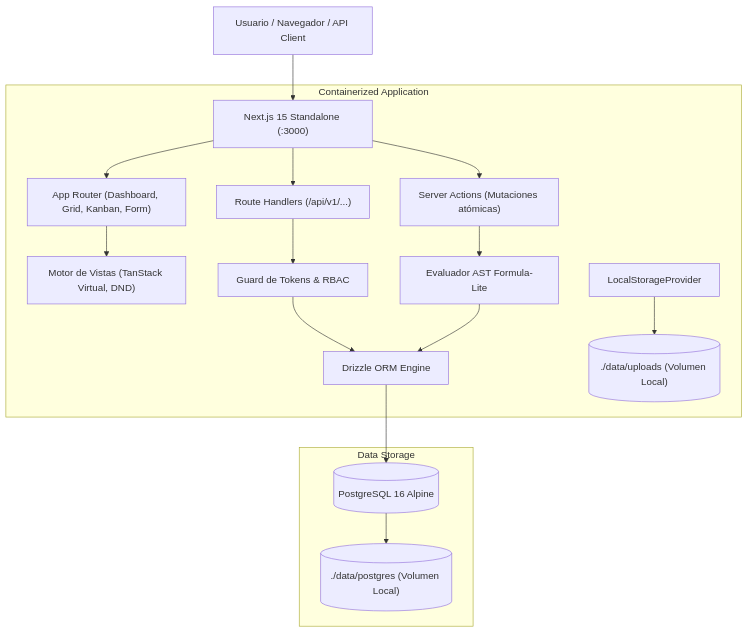
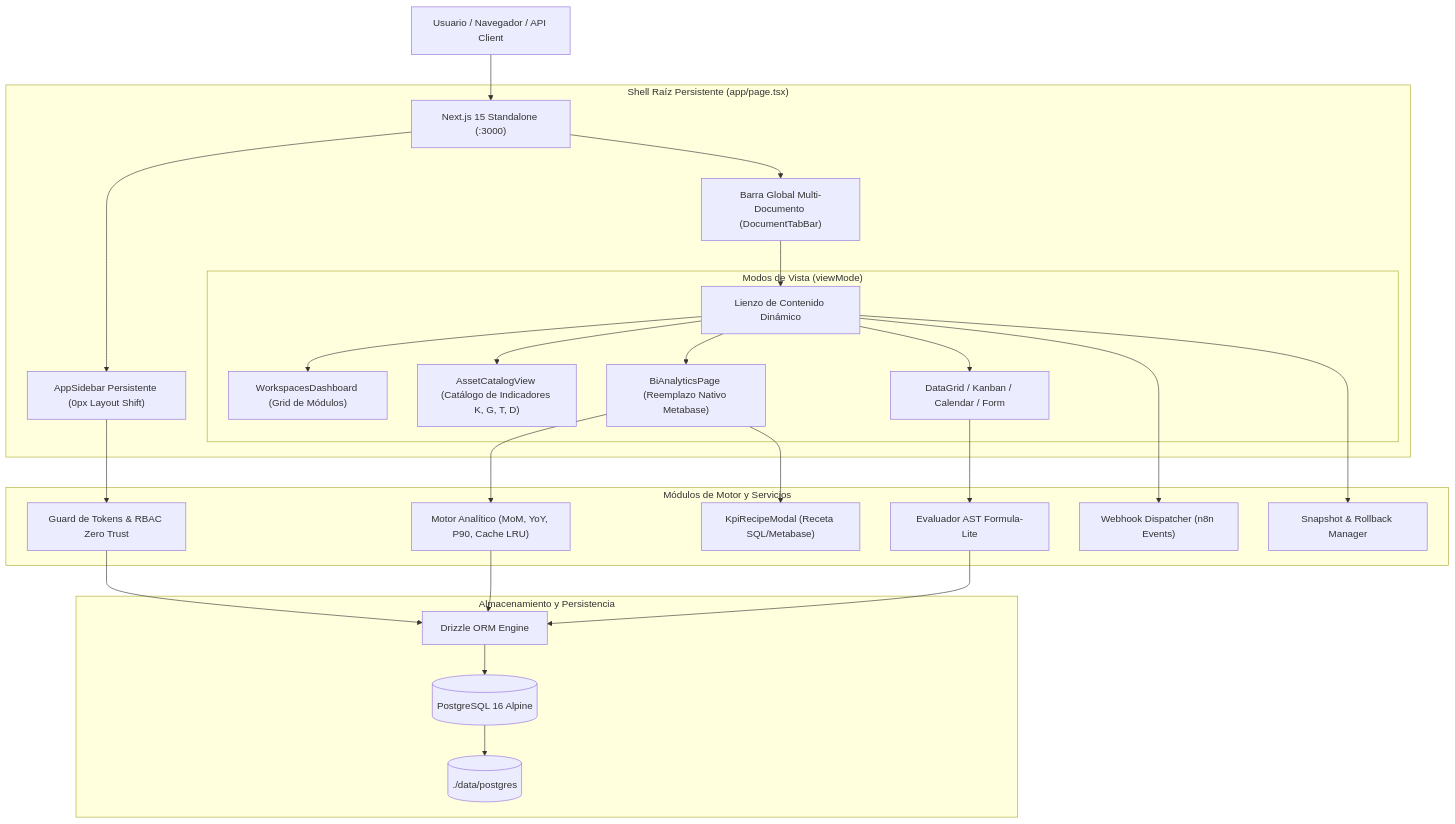
Before and after one commit to snadales/fluxtable: the diagram in docs/architecture.md, drawn with Mermaid. The commit also changed other lines of this file and 10 other files, not shown here.

````diff
--- a/docs/architecture.md
+++ b/docs/architecture.md
@@ -9,24 +9,35 @@
 ```mermaid
 flowchart TD
     User["Usuario / Navegador / API Client"] --> ReverseProxy["Next.js 15 Standalone (:3000)"]
     
-    subgraph Containerized Application
-        ReverseProxy --> AppRouter["App Router (Dashboard, Grid, Kanban, Form)"]
-        ReverseProxy --> RouteHandlers["Route Handlers (/api/v1/...)"]
-        ReverseProxy --> ServerActions["Server Actions (Mutaciones atómicas)"]
+    subgraph SingleShell ["Shell Raíz Persistente (app/page.tsx)"]
+        ReverseProxy --> TabBar["Barra Global Multi-Documento (DocumentTabBar)"]
+        ReverseProxy --> RootSidebar["AppSidebar Persistente (0px Layout Shift)"]
         
-        AppRouter --> ViewEngine["Motor de Vistas (TanStack Virtual, DND)"]
-        RouteHandlers --> AuthGuard["Guard de Tokens & RBAC"]
-        ServerActions --> FormulaEngine["Evaluador AST Formula-Lite"]
+        TabBar --> DynamicCanvas["Lienzo de Contenido Dinámico"]
         
-        AuthGuard --> DrizzleORM["Drizzle ORM Engine"]
-        FormulaEngine --> DrizzleORM
-        
-        StorageModule["LocalStorageProvider"] --> UploadsVol[("./data/uploads (Volumen Local)")]
+        subgraph Views ["Modos de Vista (viewMode)"]
+            DynamicCanvas --> VWorkspaces["WorkspacesDashboard (Grid de Módulos)"]
+            DynamicCanvas --> VCatalog["AssetCatalogView (Catálogo de Indicadores K, G, T, D)"]
+            DynamicCanvas --> VAnalytics["BiAnalyticsPage (Reemplazo Nativo Metabase)"]
+            DynamicCanvas --> VDatabase["DataGrid / Kanban / Calendar / Form"]
+        end
     end
 
-    subgraph Data Storage
+    subgraph CoreEngine ["Módulos de Motor y Servicios"]
+        VDatabase --> FormulaEngine["Evaluador AST Formula-Lite"]
+        VAnalytics --> BiEngine["Motor Analítico (MoM, YoY, P90, Cache LRU)"]
+        VAnalytics --> KpiInspector["KpiRecipeModal (Receta SQL/Metabase)"]
+        RootSidebar --> AuthGuard["Guard de Tokens & RBAC Zero Trust"]
+        DynamicCanvas --> WebhookDispatcher["Webhook Dispatcher (n8n Events)"]
+        DynamicCanvas --> SnapshotManager["Snapshot & Rollback Manager"]
+    end
+
+    subgraph Persistence ["Almacenamiento y Persistencia"]
+        AuthGuard --> DrizzleORM["Drizzle ORM Engine"]
+        BiEngine --> DrizzleORM
+        FormulaEngine --> DrizzleORM
         DrizzleORM --> Postgres[(PostgreSQL 16 Alpine)]
-        Postgres --> DBVol[("./data/postgres (Volumen Local)")]
+        Postgres --> DBVol[("./data/postgres")]
     end
 ```
````
